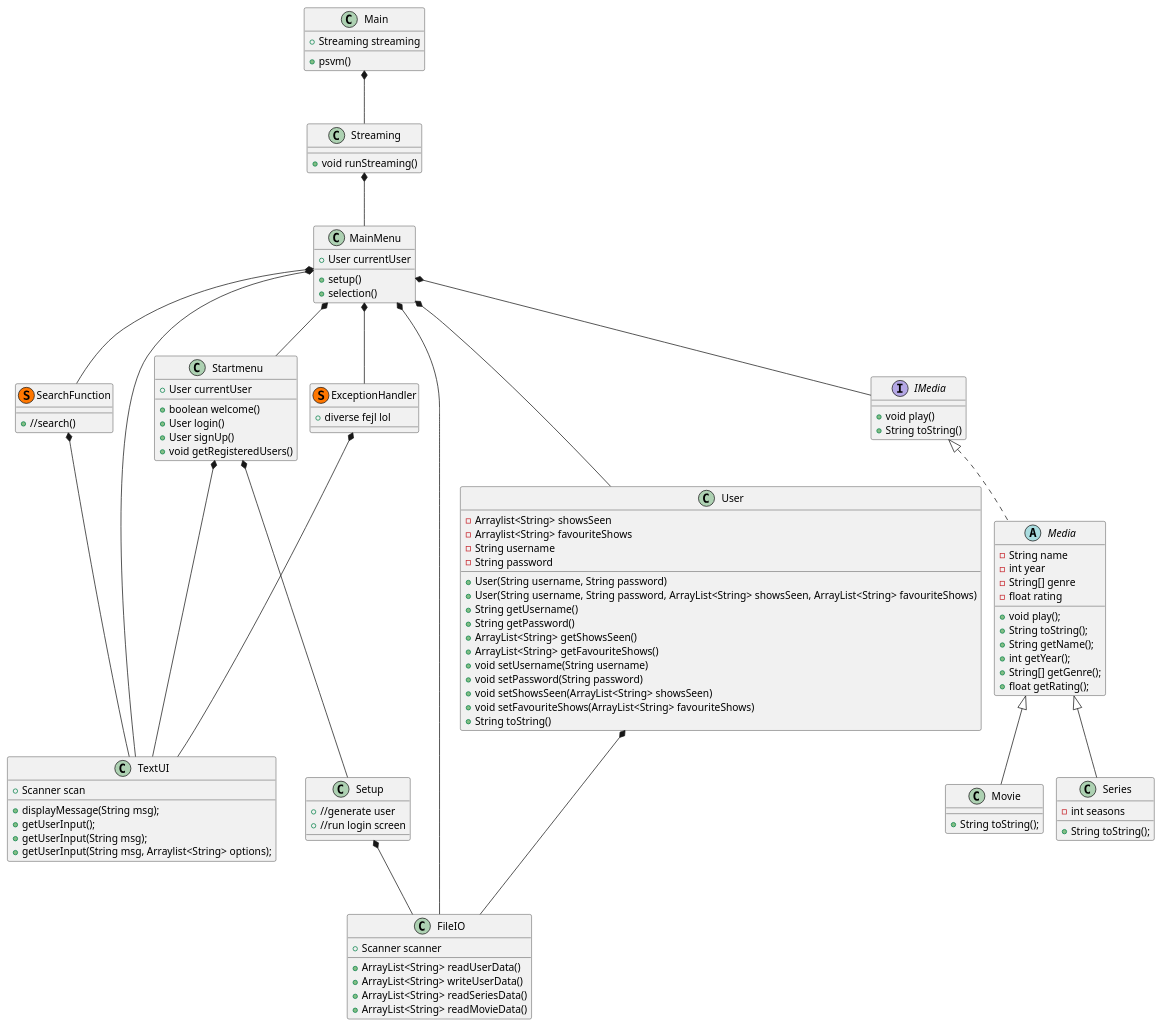
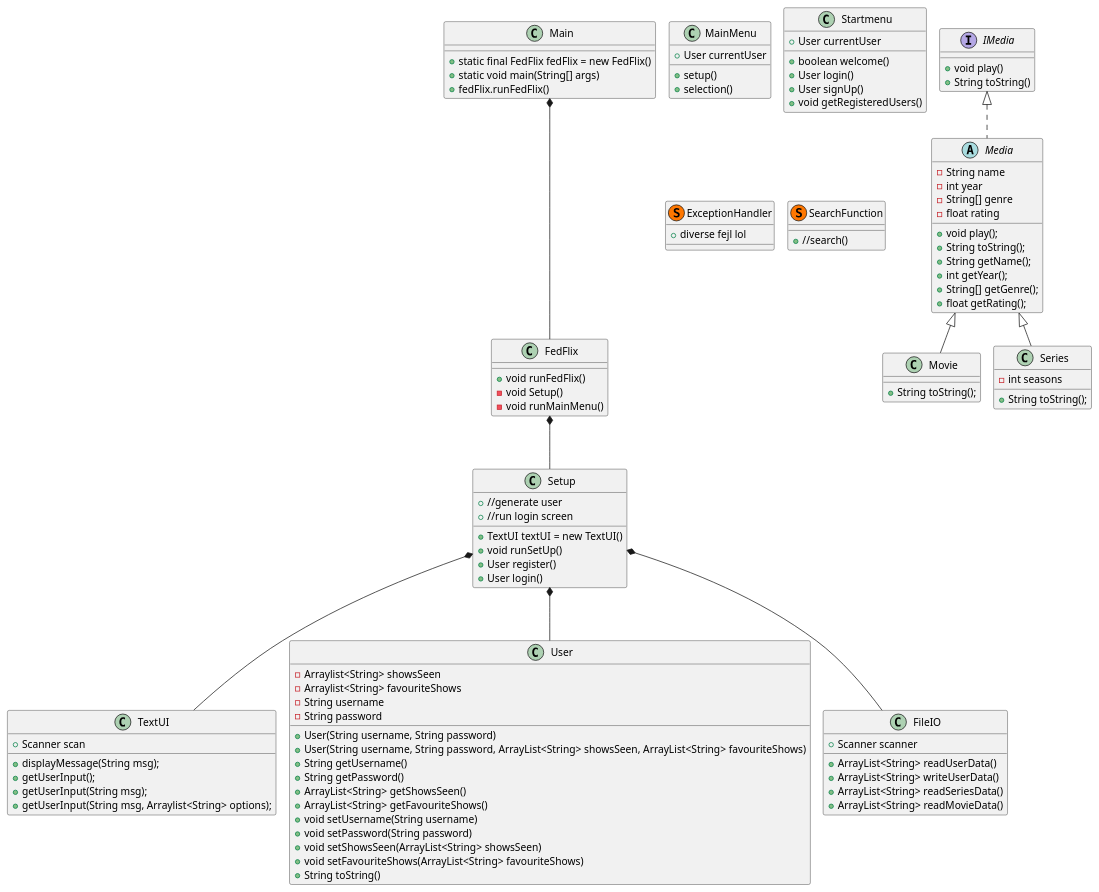
Before and after one commit to Sebbedeb/SP3---Streaming-Service: the diagram in SP03/Documentation/Class Diagram.puml, drawn with PlantUML.

Commit message:
Update Class Diagram.puml

```diff
--- a/SP03/Documentation/Class Diagram.puml
+++ b/SP03/Documentation/Class Diagram.puml
@@ -1,107 +1,108 @@
 @startuml
 'https://plantuml.com/class-diagram
 !pragma layout smetana
 
 class Main
 class MainMenu
 class Startmenu
 class TextUI
 class User
 class FileIO
 class ExceptionHandler << (S,#FF7700) >>
 abstract class Media implements IMedia
 class Movie extends Media
 class Series extends Media
 class SearchFunction << (S,#FF7700) >>
 class MainMenu
-class Streaming
+class FedFlix
 class Setup
 
-Main *--- Streaming
-Startmenu *--- Setup
-Streaming *--- MainMenu
-MainMenu *--- Startmenu
-MainMenu *---TextUI
-MainMenu *--- ExceptionHandler
-MainMenu *--- FileIO
-MainMenu *--- User
-MainMenu *--- IMedia
-MainMenu *--- SearchFunction
-User *--- FileIO
-SearchFunction *--- TextUI
-Startmenu *--- TextUI
-ExceptionHandler *--- TextUI
+Main *--- FedFlix
+FedFlix *--- Setup
+Setup *--- User
 Setup *--- FileIO
+Setup *--- TextUI
 
-Main : +psvm()
-Main : +Streaming streaming
+Main : + static final FedFlix fedFlix = new FedFlix()
+Main : + static void main(String[] args)
+Main : + fedFlix.runFedFlix()
+
+FedFlix : + void runFedFlix()
+FedFlix : - void Setup()
+FedFlix : - void runMainMenu()
+
+Setup : + TextUI textUI = new TextUI()
+Setup : + void runSetUp()
+Setup : + User register()
+Setup : + User login()
+
 
 MainMenu : + User currentUser
 MainMenu : + setup()
 MainMenu : + selection()
-Streaming : + void runStreaming()
+
 
 Setup : + //generate user
 Setup : + //run login screen
 
 SearchFunction : +//search()
 
 Startmenu : + User currentUser
 Startmenu : + boolean welcome()
 Startmenu : + User login()
 Startmenu : + User signUp()
 Startmenu : + void getRegisteredUsers()
 
 FileIO : + Scanner scanner
 FileIO : + ArrayList<String> readUserData()
 FileIO : + ArrayList<String> writeUserData()
 FileIO : + ArrayList<String> readSeriesData()
 FileIO : + ArrayList<String> readMovieData()
 
 
 User : - Arraylist<String> showsSeen
 User : - Arraylist<String> favouriteShows
 User : - String username
 User : - String password
 User : + User(String username, String password)
 User : + User(String username, String password, ArrayList<String> showsSeen, ArrayList<String> favouriteShows)
 User : + String getUsername()
 User : + String getPassword()
 User : + ArrayList<String> getShowsSeen()
 User : + ArrayList<String> getFavouriteShows()
 User : + void setUsername(String username)
 User : + void setPassword(String password)
 User : + void setShowsSeen(ArrayList<String> showsSeen)
 User : + void setFavouriteShows(ArrayList<String> favouriteShows)
 User : + String toString()
 
 
 IMedia : + void play()
 IMedia : + String toString()
 
 TextUI : + Scanner scan
 TextUI : + displayMessage(String msg);
 TextUI : + getUserInput();
 TextUI : + getUserInput(String msg);
 TextUI : + getUserInput(String msg, Arraylist<String> options);
 
 ExceptionHandler : + diverse fejl lol
 
 Media : -String name
 Media : -int year
 Media : -String[] genre
 Media : -float rating
 Media : + void play();
 Media : + String toString();
 Media : + String getName();
 Media : + int getYear();
 Media : + String[] getGenre();
 Media : + float getRating();
 
 Movie : + String toString();
 
 Series : - int seasons
 Series : + String toString();
 
 
 @enduml
```
